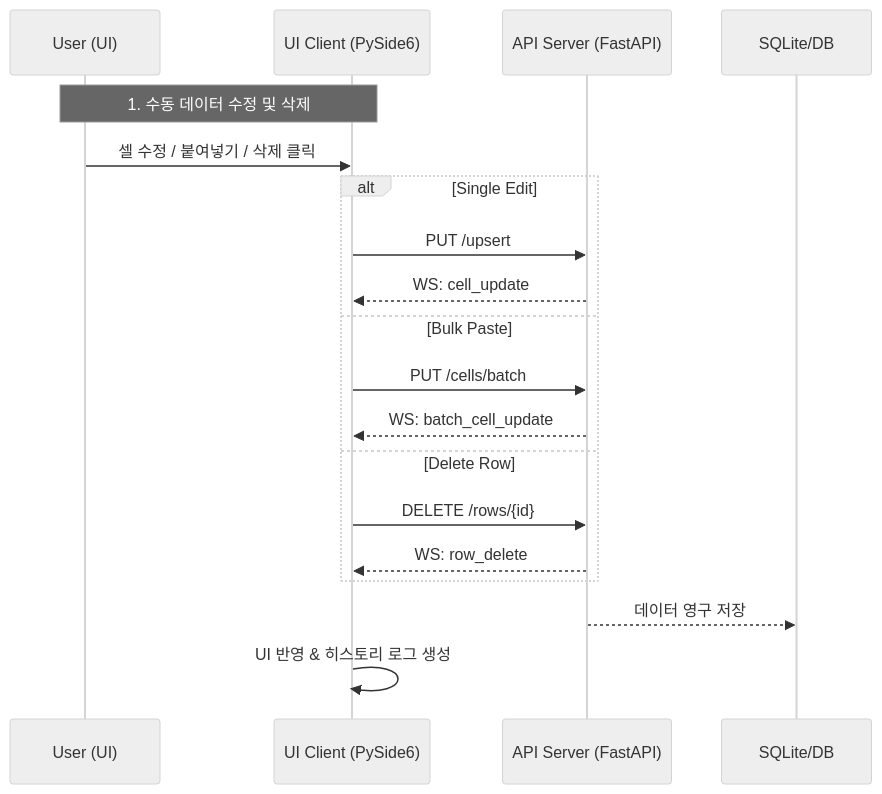
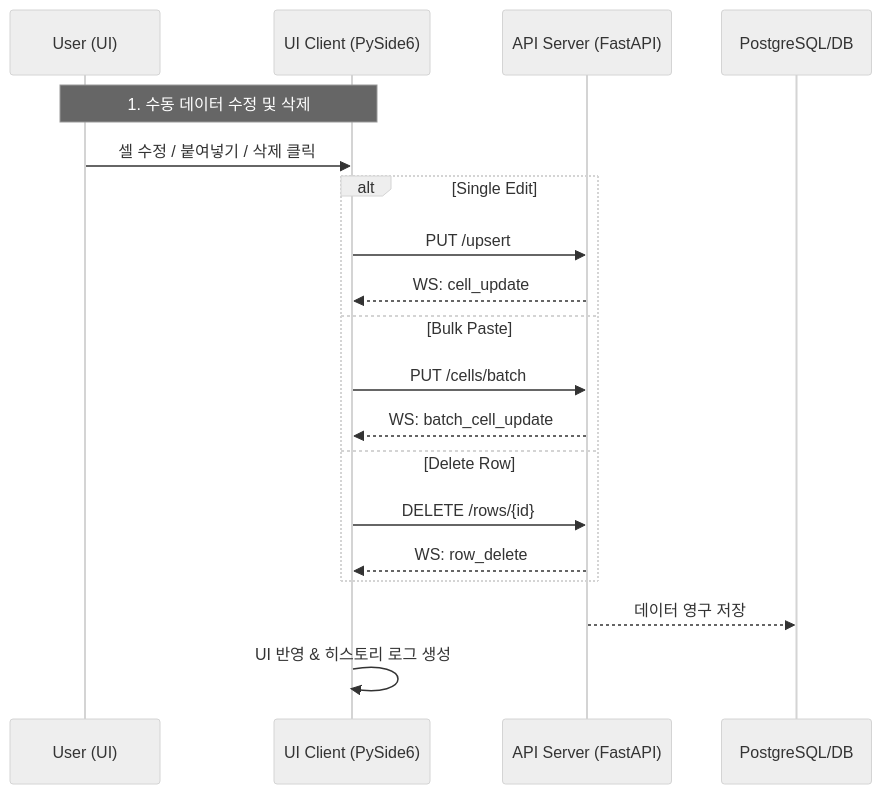
Before and after one commit to tiger4432/tableManager: the diagram in docs/spec/BATCH_INGESTION_SPEC.md, drawn with Mermaid (neutral theme). The commit also changed other lines of this file and 18 other files, not shown here.

````diff
--- a/docs/spec/BATCH_INGESTION_SPEC.md
+++ b/docs/spec/BATCH_INGESTION_SPEC.md
@@ -53,22 +53,22 @@
 ```mermaid
 sequenceDiagram
     participant User as User (UI)
     participant Client as UI Client (PySide6)
     participant Server as API Server (FastAPI)
-    participant DB as SQLite/DB
+    participant DB as PostgreSQL/DB
 
     Note over User, Client: 1. 수동 데이터 수정 및 삭제
     User->>Client: 셀 수정 / 붙여넣기 / 삭제 클릭
     alt Single Edit
         Client->>Server: PUT /upsert
         Server-->>Client: WS: cell_update
     else Bulk Paste
         Client->>Server: PUT /cells/batch
         Server-->>Client: WS: batch_cell_update
     else Delete Row
         Client->>Server: DELETE /rows/{id}
         Server-->>Client: WS: row_delete
     end
     Server-->>DB: 데이터 영구 저장
     Client->>Client: UI 반영 & 히스토리 로그 생성
 ```
````
